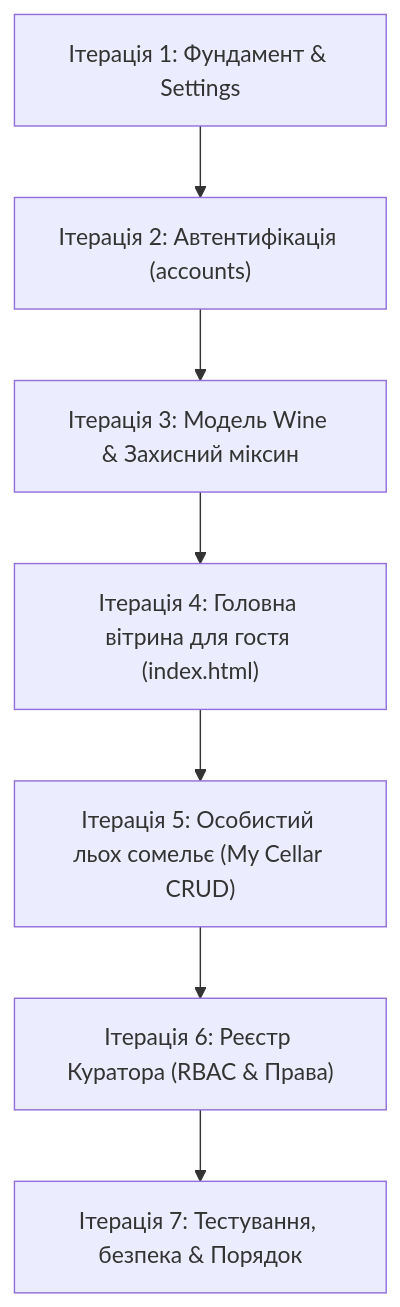
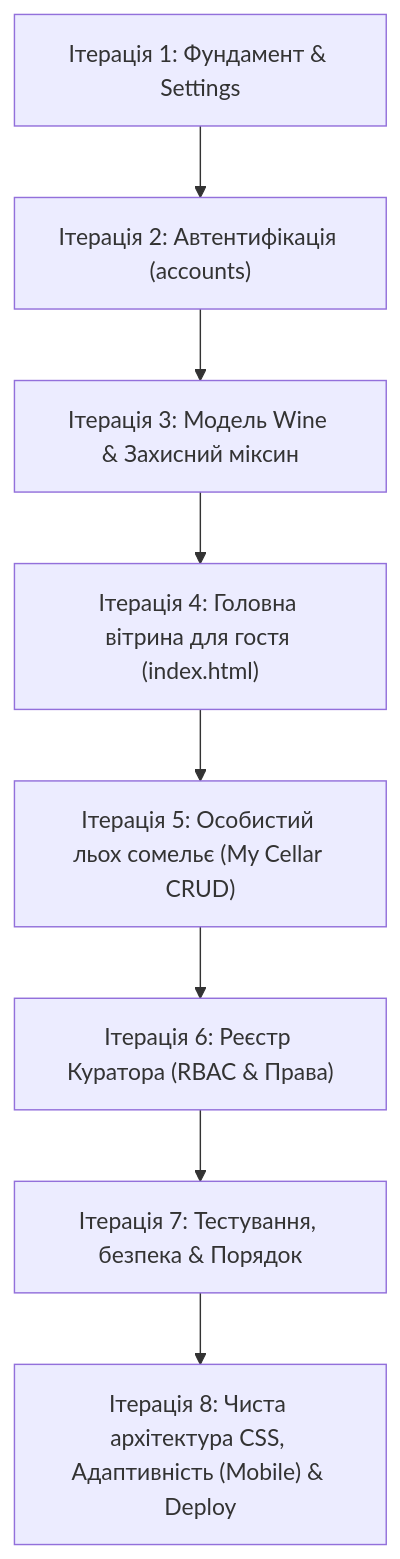
Before and after one commit to john4IK-Oleksij/wine_vault_23: the diagram in ROADMAP.md, drawn with Mermaid. The commit also changed other lines of this file and 18 other files, not shown here.

Commit message:
feat: responsive mobile layout, flat css classes, and production readiness

````diff
--- a/ROADMAP.md
+++ b/ROADMAP.md
@@ -6,9 +6,10 @@
 ```mermaid
 flowchart TD
     IT1["Iтерацiя 1: Фундамент & Settings"] --> IT2["Iтерацiя 2: Автентифiкацiя (accounts)"]
     IT2 --> IT3["Iтерацiя 3: Модель Wine & Захисний мiксин"]
     IT3 --> IT4["Iтерацiя 4: Головна вiтрина для гостя (index.html)"]
     IT4 --> IT5["Iтерацiя 5: Особистий льох сомельє (My Cellar CRUD)"]
     IT5 --> IT6["Iтерацiя 6: Реєстр Куратора (RBAC & Права)"]
     IT6 --> IT7["Iтерацiя 7: Тестування, безпека & Порядок"]
+    IT7 --> IT8["Iтерацiя 8: Чиста архiтектура CSS, Адаптивнiсть (Mobile) & Deploy"]
 ```
````
